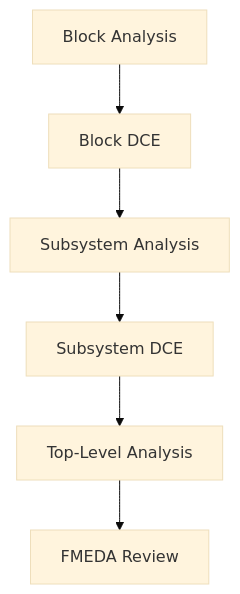
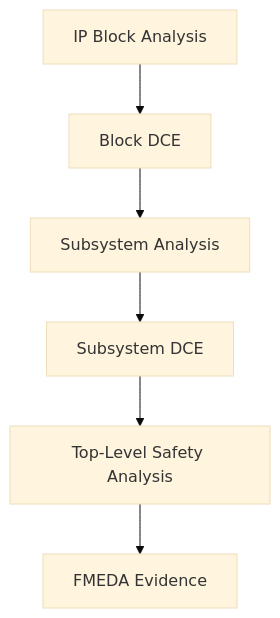
One commit to qiqixixi1001/automotive-safeic-practice changed the fifth of 5 diagrams in articles/01_automotive_safeic_practice_d01_github_en_revised.md. Above: the diagram before and after it, drawn with Mermaid (base theme). The commit also changed other lines of this file, not shown here.

````diff
--- a/articles/01_automotive_safeic_practice_d01_github_en_revised.md
+++ b/articles/01_automotive_safeic_practice_d01_github_en_revised.md
@@ -1564,8 +1532,8 @@
 ```mermaid
 flowchart TD
-    A[Block Analysis] --> B[Block DCE]
-    C[Subsystem Analysis] --> D[Subsystem DCE]
-    B --> C
-    D --> E[Top-Level Analysis]
-    E --> F[FMEDA Review]
+    A[IP Block Analysis] --> B[Block DCE]
+    B --> C[Subsystem Analysis]
+    C --> D[Subsystem DCE]
+    D --> E[Top-Level Safety Analysis]
+    E --> F[FMEDA Evidence]
 ```
````
